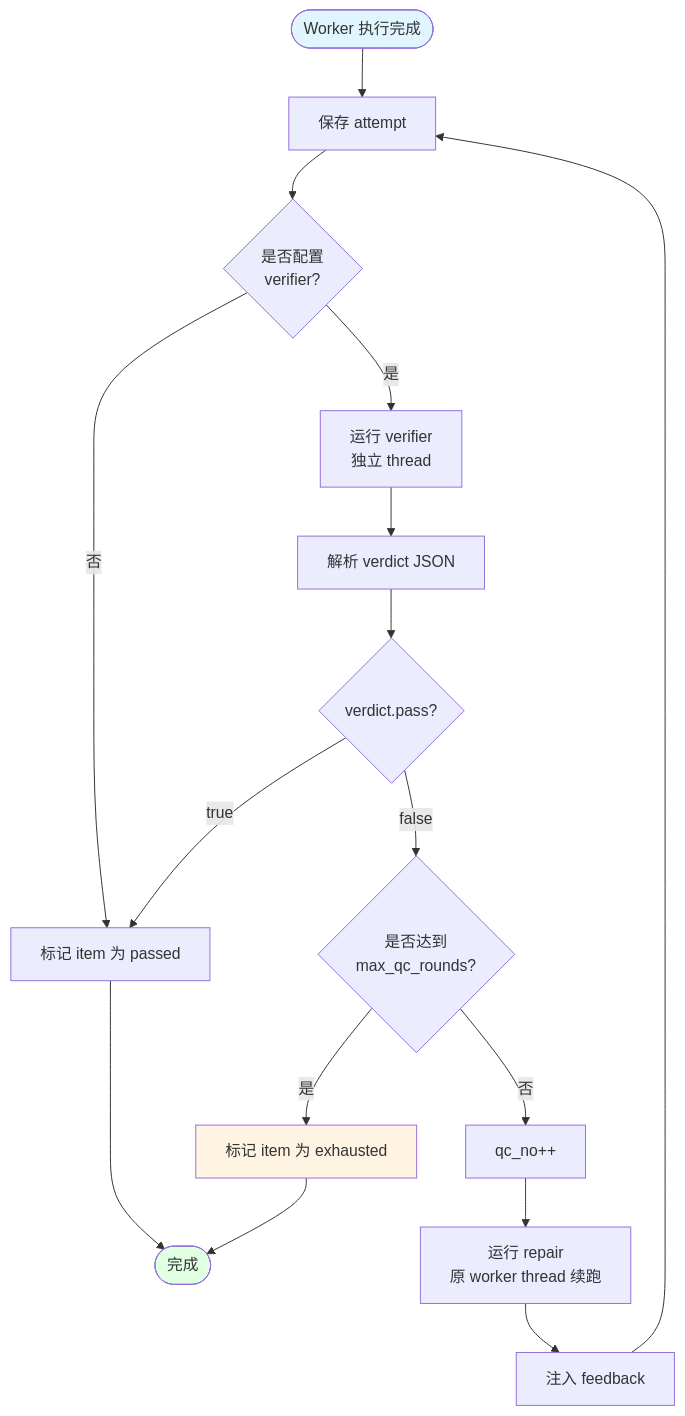
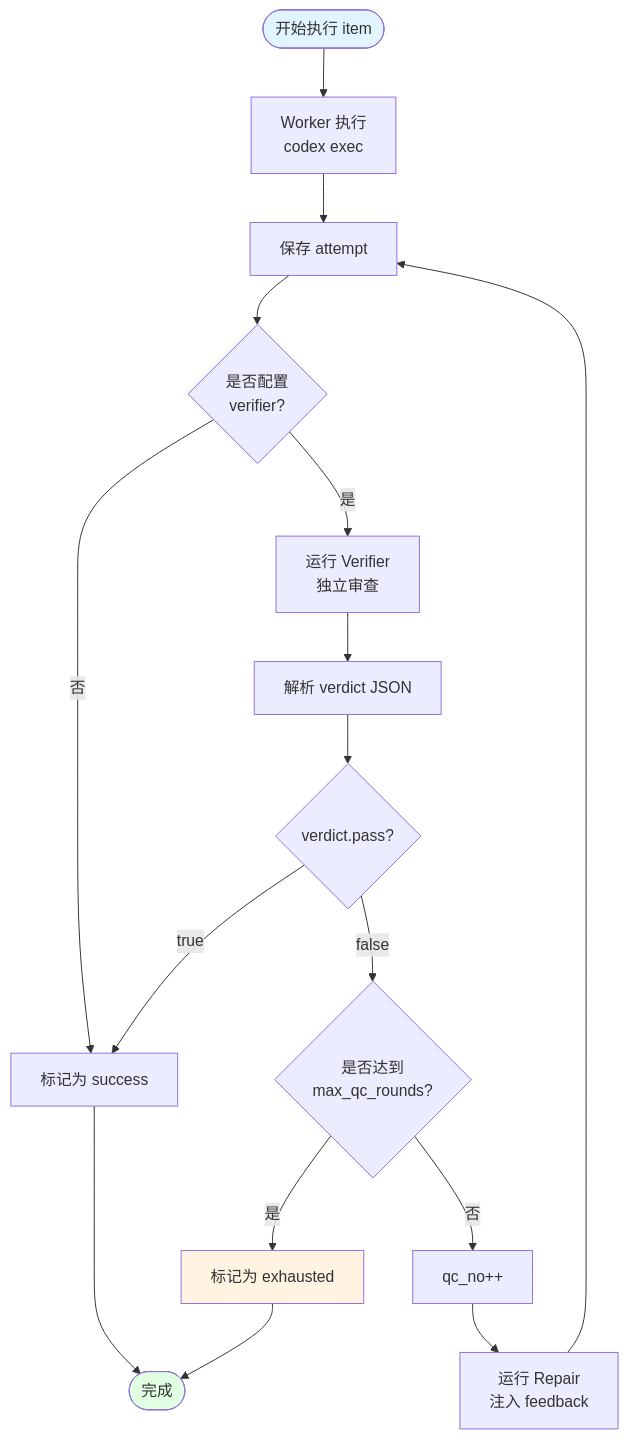
Before and after one commit to limecloud/qcloop: the third of 4 diagrams in docs/PRD.md, drawn with Mermaid. The commit also changed other lines of this file and 4 other files, not shown here.

````diff
--- a/docs/PRD.md
+++ b/docs/PRD.md
@@ -569,28 +296,28 @@
 ```mermaid
 flowchart TD
-    Start([Worker 执行完成]) --> SaveAttempt[保存 attempt]
+    Start([开始执行 item]) --> Worker[Worker 执行<br/>codex exec]
+    Worker --> SaveAttempt[保存 attempt]
     SaveAttempt --> CheckVerifier{是否配置<br/>verifier?}
     
-    CheckVerifier -->|否| MarkPassed[标记 item 为 passed]
-    CheckVerifier -->|是| RunVerifier[运行 verifier<br/>独立 thread]
+    CheckVerifier -->|否| MarkSuccess[标记为 success]
+    CheckVerifier -->|是| RunVerifier[运行 Verifier<br/>独立审查]
     
     RunVerifier --> ParseVerdict[解析 verdict JSON]
     ParseVerdict --> CheckPass{verdict.pass?}
     
-    CheckPass -->|true| MarkPassed
+    CheckPass -->|true| MarkSuccess
     CheckPass -->|false| CheckRounds{是否达到<br/>max_qc_rounds?}
     
-    CheckRounds -->|是| MarkExhausted[标记 item 为 exhausted]
+    CheckRounds -->|是| MarkExhausted[标记为 exhausted]
     CheckRounds -->|否| IncrementQC[qc_no++]
     
-    IncrementQC --> RunRepair[运行 repair<br/>原 worker thread 续跑]
-    RunRepair --> InjectFeedback[注入 feedback]
-    InjectFeedback --> SaveAttempt
+    IncrementQC --> RunRepair[运行 Repair<br/>注入 feedback]
+    RunRepair --> SaveAttempt
     
-    MarkPassed --> End([完成])
+    MarkSuccess --> End([完成])
     MarkExhausted --> End
     
     style Start fill:#e1f5ff
     style End fill:#e1ffe1
     style MarkExhausted fill:#fff4e1
 ```
````
